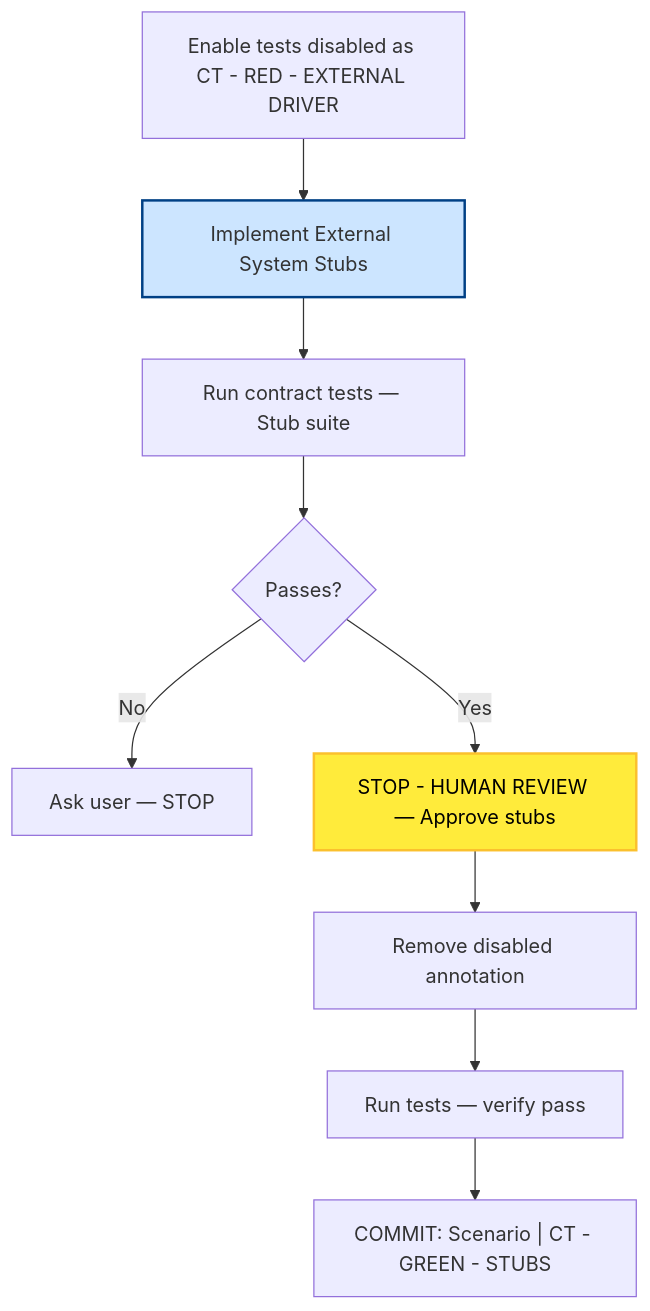
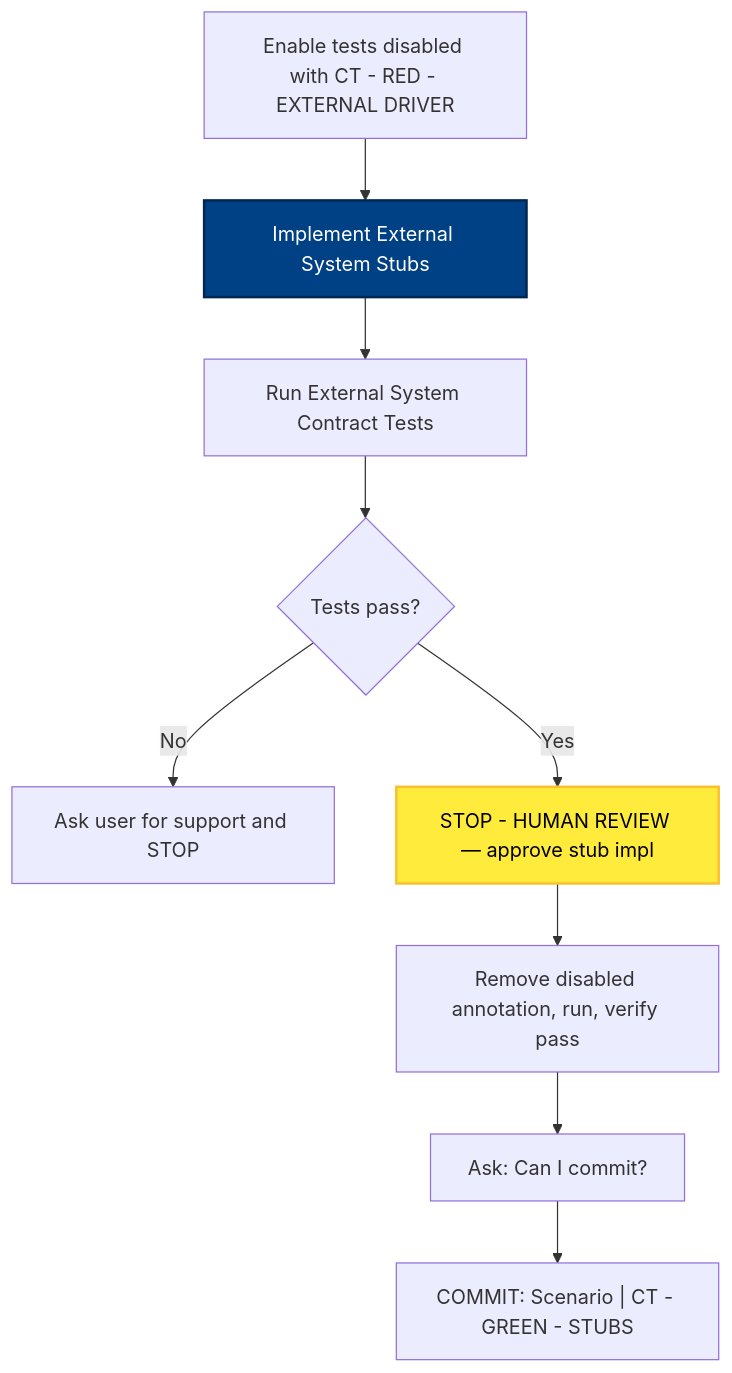
The eighth of 8 diagrams in docs/atdd/process/diagram-phase-details.md (optivem/starter), drawn with Mermaid before and after one commit. The commit also changed other lines of this file and 2 other files, not shown here.

````diff
--- a/docs/atdd/process/diagram-phase-details.md
+++ b/docs/atdd/process/diagram-phase-details.md
@@ -247,26 +255,26 @@
 ```mermaid
 flowchart TD
-    ENABLE[Enable tests disabled as CT - RED - EXTERNAL DRIVER]
+    ENABLE["Enable tests disabled with CT - RED - EXTERNAL DRIVER"]
     IMPL_STUBS[Implement External System Stubs]
-    RUN[Run contract tests — Stub suite]
-    PASS{Passes?}
-    ASK_SUPPORT[Ask user — STOP]
-    STOP_WRITE[STOP - HUMAN REVIEW — Approve stubs]
-    REMOVE_DISABLE[Remove disabled annotation]
-    RUN_FINAL[Run tests — verify pass]
+    RUN[Run External System Contract Tests]
+    PASS{Tests pass?}
+    ASK_SUPPORT[Ask user for support and STOP]
+    STOP_WRITE["STOP - HUMAN REVIEW — approve stub impl"]
+    REMOVE_DISABLE[Remove disabled annotation, run, verify pass]
+    ASK_COMMIT["Ask: Can I commit?"]
     COMMIT["COMMIT: Scenario | CT - GREEN - STUBS"]
 
     ENABLE --> IMPL_STUBS
     IMPL_STUBS --> RUN
     RUN --> PASS
     PASS -->|No| ASK_SUPPORT
     PASS -->|Yes| STOP_WRITE
     STOP_WRITE --> REMOVE_DISABLE
-    REMOVE_DISABLE --> RUN_FINAL
-    RUN_FINAL --> COMMIT
+    REMOVE_DISABLE --> ASK_COMMIT
+    ASK_COMMIT --> COMMIT
 
-    classDef effortNode fill:#cce5ff,stroke:#004085,stroke-width:2px
+    classDef effortNode fill:#004085,stroke:#002752,stroke-width:2px,color:#ffffff
     class IMPL_STUBS effortNode
     classDef humanReviewNode fill:#ffeb3b,stroke:#fbc02d,stroke-width:2px,color:#000
     class STOP_WRITE humanReviewNode
 ```
````
